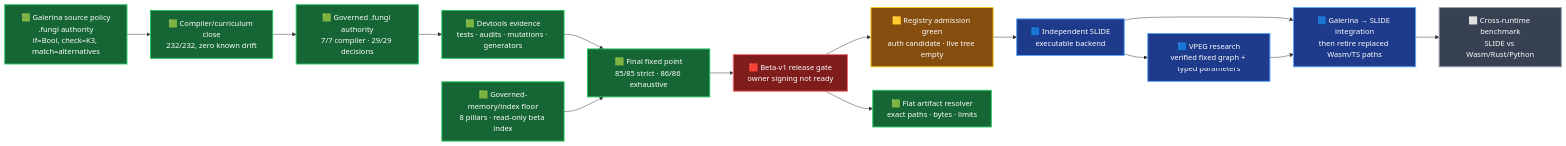
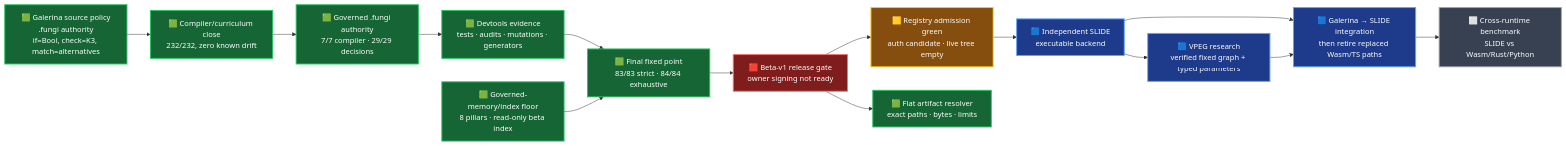
Before and after one commit to TritHypha/Deveolpment-runtime-fungi-gate: the diagram in docs/roadmap-2026-07-29-galerina-beta-v1-to-slide.md, drawn with Mermaid. The commit also changed other lines of this file and 3 other files, not shown here.

````diff
--- a/docs/roadmap-2026-07-29-galerina-beta-v1-to-slide.md
+++ b/docs/roadmap-2026-07-29-galerina-beta-v1-to-slide.md
@@ -22,34 +22,34 @@
 ```mermaid
 flowchart LR
     A["🟩 Galerina source policy<br/>.fungi authority<br/>if=Bool, check=K3, match=alternatives"]
     B["🟩 Compiler/curriculum close<br/>232/232, zero known drift"]
     C["🟩 Governed .fungi authority<br/>7/7 compiler · 29/29 decisions"]
     D["🟩 Devtools evidence<br/>tests · audits · mutations · generators"]
-    E["🟩 Final fixed point<br/>85/85 strict · 86/86 exhaustive"]
+    E["🟩 Final fixed point<br/>83/83 strict · 84/84 exhaustive"]
     F["🟥 Beta-v1 release gate<br/>owner signing not ready"]
     G["🟨 Registry admission green<br/>auth candidate · live tree empty"]
     H["🟦 Independent SLIDE<br/>executable backend"]
     I["🟦 Galerina → SLIDE integration<br/>then retire replaced Wasm/TS paths"]
     J["⬜ Cross-runtime benchmark<br/>SLIDE vs Wasm/Rust/Python"]
     P["🟩 Flat artifact resolver<br/>exact paths · bytes · limits"]
     M["🟦 VPEG research<br/>verified fixed graph + typed parameters"]
     Z["🟩 Governed-memory/index floor<br/>8 pillars · read-only beta index"]
 
     A --> B --> C --> D --> E --> F --> G --> H --> I --> J
     Z --> E
     F --> P
     H --> M
     M --> I
 
     classDef green fill:#166534,color:#ffffff,stroke:#22c55e,stroke-width:2px;
     classDef amber fill:#854d0e,color:#ffffff,stroke:#facc15,stroke-width:2px;
     classDef red fill:#7f1d1d,color:#ffffff,stroke:#f87171,stroke-width:2px;
     classDef blue fill:#1e3a8a,color:#ffffff,stroke:#60a5fa,stroke-width:2px;
     classDef grey fill:#374151,color:#ffffff,stroke:#9ca3af,stroke-width:2px;
     class A,B,C,D,E,Z green;
     class F red;
     class G amber;
     class H,I,M blue;
     class P green;
     class J grey;
 ```
````
